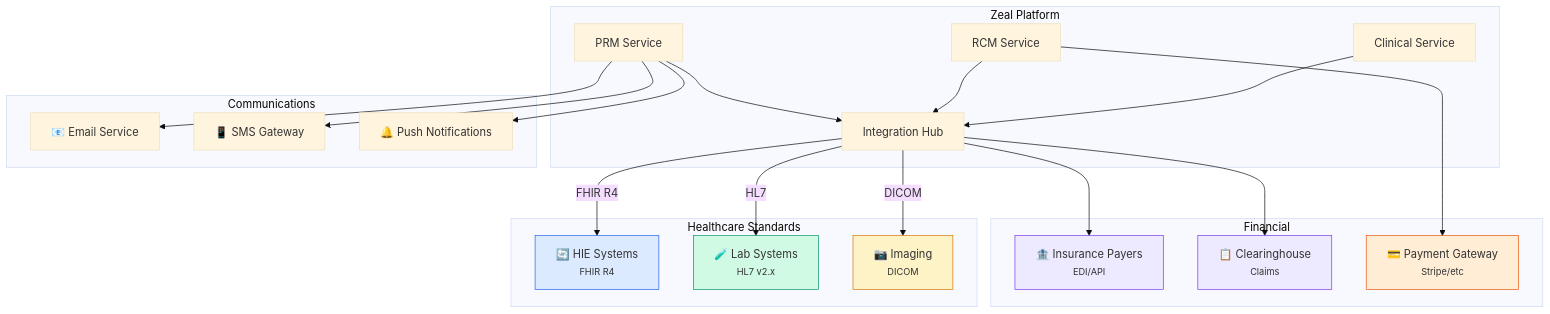
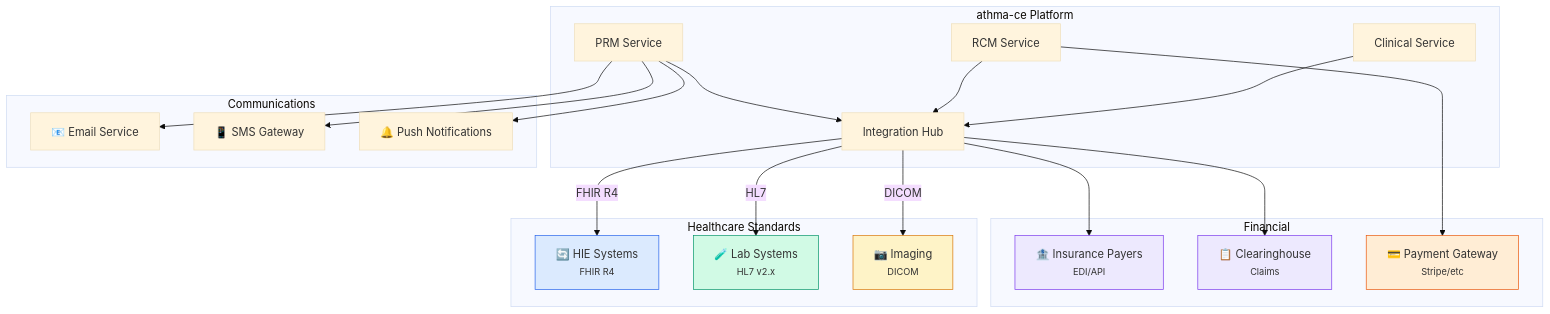
One commit to daivahealth/athma-ce changed the eighth of 15 diagrams in docs/architecture/TECHNICAL-ARCHITECTURE.md. Above: the diagram before and after it, drawn with Mermaid (base theme). The commit also changed other lines of this file and 110 other files, not shown here.

Commit message:
changed to athma-ce from zeal

````diff
--- a/docs/architecture/TECHNICAL-ARCHITECTURE.md
+++ b/docs/architecture/TECHNICAL-ARCHITECTURE.md
@@ -695,50 +695,50 @@
 ```mermaid
 graph TB
-    subgraph "Zeal Platform"
+    subgraph "athma-ce Platform"
         Clinical[Clinical Service]
         RCM[RCM Service]
         PRM[PRM Service]
         IntHub[Integration Hub]
     end
 
     subgraph "Healthcare Standards"
         HIE["🔄 HIE Systems<br/><small>FHIR R4</small>"]
         Labs["🧪 Lab Systems<br/><small>HL7 v2.x</small>"]
         Imaging["📷 Imaging<br/><small>DICOM</small>"]
     end
 
     subgraph "Financial"
         Payers["🏦 Insurance Payers<br/><small>EDI/API</small>"]
         Clearinghouse["📋 Clearinghouse<br/><small>Claims</small>"]
         Payments["💳 Payment Gateway<br/><small>Stripe/etc</small>"]
     end
 
     subgraph "Communications"
         Email["📧 Email Service"]
         SMS["📱 SMS Gateway"]
         Push["🔔 Push Notifications"]
     end
 
     Clinical --> IntHub
     RCM --> IntHub
     PRM --> IntHub
 
     IntHub -->|FHIR R4| HIE
     IntHub -->|HL7| Labs
     IntHub -->|DICOM| Imaging
 
     IntHub --> Payers
     IntHub --> Clearinghouse
     RCM --> Payments
 
     PRM --> Email
     PRM --> SMS
     PRM --> Push
 
     style HIE fill:#DBEAFE,stroke:#2563EB
     style Labs fill:#D1FAE5,stroke:#059669
     style Imaging fill:#FEF3C7,stroke:#D97706
     style Payers fill:#EDE9FE,stroke:#7C3AED
     style Clearinghouse fill:#EDE9FE,stroke:#7C3AED
     style Payments fill:#FFEDD5,stroke:#EA580C
 ```
````
